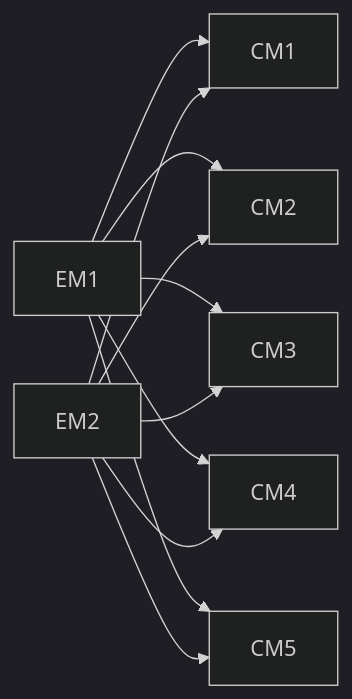
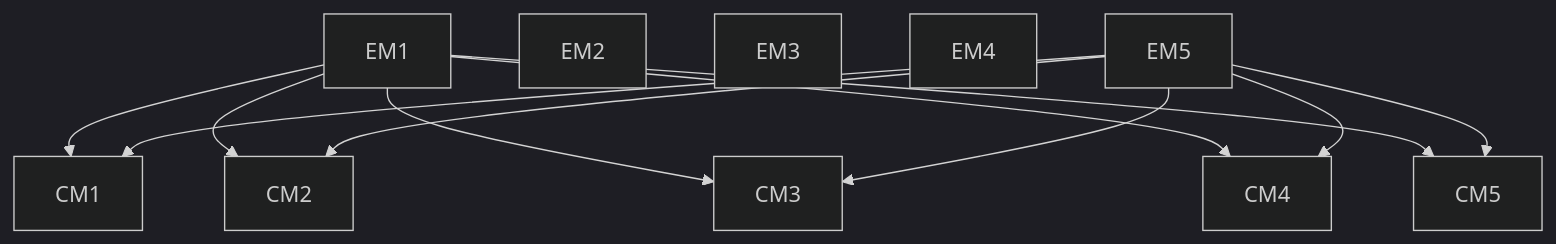
One commit to hajer78945/eng5 changed the third of 3 diagrams in README.md. Above: the diagram before and after it, drawn with Mermaid (dark theme).

````diff
--- a/README.md
+++ b/README.md
@@ -357,13 +357,16 @@
 ```mermaid
-graph LR
+graph TD
 EM1 --> CM1
 EM1 --> CM2
 EM1 --> CM3
 EM1 --> CM4
 EM1 --> CM5
-EM2 --> CM1
-EM2 --> CM2
-EM2 --> CM3
-EM2 --> CM4
-EM2 --> CM5
+EM2
+EM3
+EM4
+EM5 --> CM1
+EM5 --> CM2
+EM5 --> CM3
+EM5 --> CM4
+EM5 --> CM5
 ```
````
